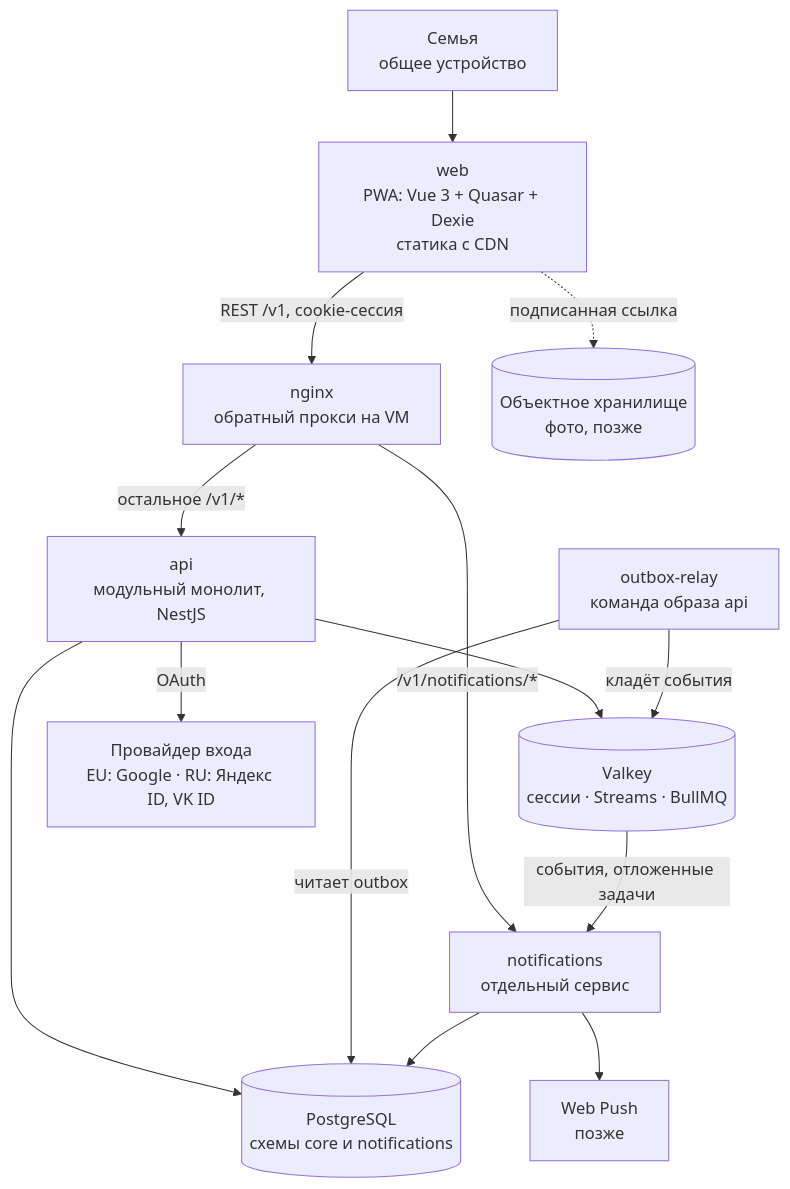
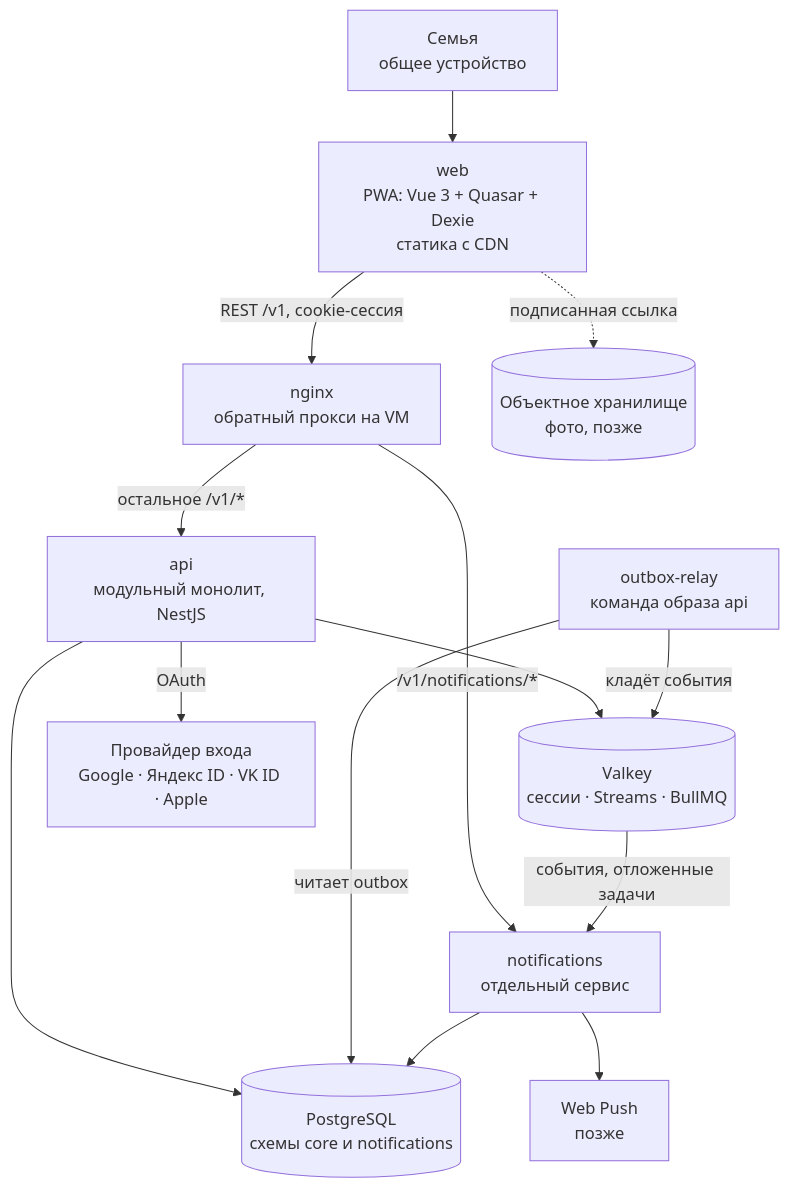
Before and after one commit to SiritosKon/kids-chores: the first of 2 diagrams in adr/001-monorepo.md, drawn with Mermaid. The commit also changed other lines of this file and 5 other files, not shown here.

````diff
--- a/adr/001-monorepo.md
+++ b/adr/001-monorepo.md
@@ -50,28 +50,28 @@
 ```mermaid
 flowchart TB
   family["Семья<br/>общее устройство"]
   web["web<br/>PWA: Vue 3 + Quasar + Dexie<br/>статика с CDN"]
   proxy["nginx<br/>обратный прокси на VM"]
   api["api<br/>модульный монолит, NestJS"]
   relay["outbox-relay<br/>команда образа api"]
   notify["notifications<br/>отдельный сервис"]
   db[("PostgreSQL<br/>схемы core и notifications")]
   kv[("Valkey<br/>сессии · Streams · BullMQ")]
   s3[("Объектное хранилище<br/>фото, позже")]
-  idp["Провайдер входа<br/>EU: Google · RU: Яндекс ID, VK ID"]
+  idp["Провайдер входа<br/>Google · Яндекс ID · VK ID · Apple"]
   push["Web Push<br/>позже"]
 
   family --> web
   web -->|"REST /v1, cookie-сессия"| proxy
   proxy -->|"/v1/notifications/*"| notify
   proxy -->|"остальное /v1/*"| api
   api --> db
   api --> kv
   api -->|OAuth| idp
   relay -->|читает outbox| db
   relay -->|кладёт события| kv
   kv -->|"события, отложенные задачи"| notify
   notify --> db
   notify --> push
   web -.->|подписанная ссылка| s3
 ```
````
